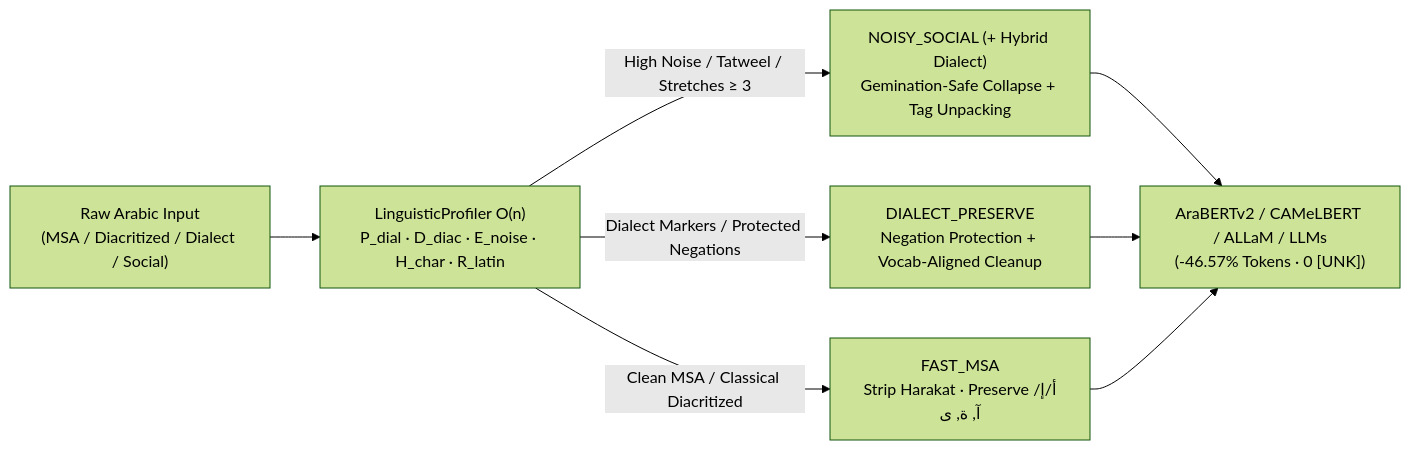
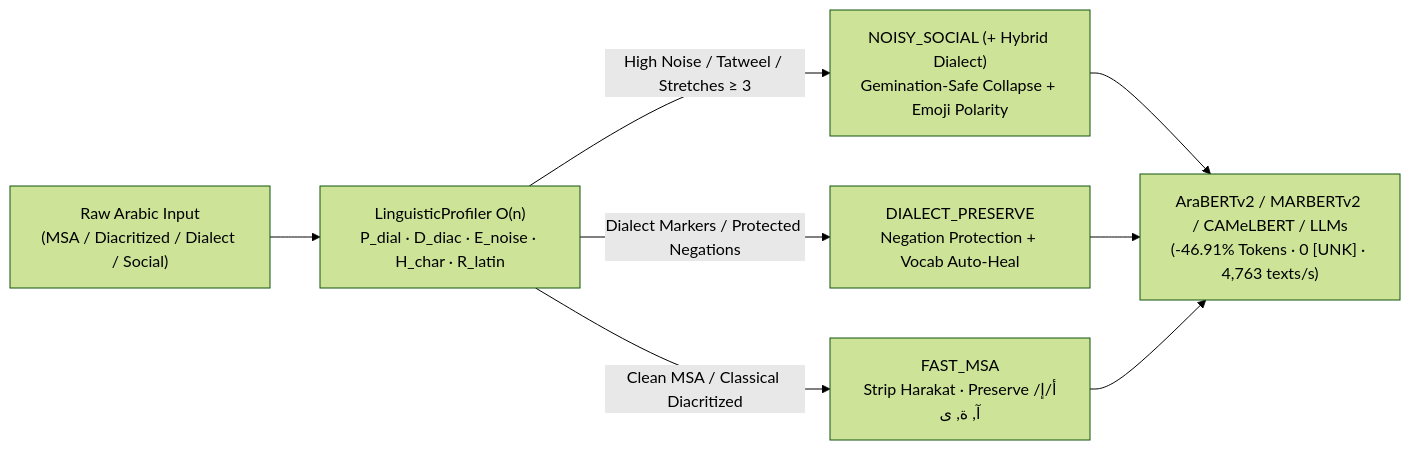
The diagram in README.md (RealMtrx/misar), drawn with Mermaid (forest theme) before and after one commit. The commit also changed other lines of this file and 16 other files, not shown here.

Commit message:
feat(v2.0.0): Vocab Auto-Heal, 5-model WordPiece parity, Clitic/Arabizi/Emoji modes, fast ETL, and 3-way Web UI

````diff
--- a/README.md
+++ b/README.md
@@ -41,10 +54,10 @@
 ```mermaid
 flowchart LR
     A["Raw Arabic Input<br/>(MSA / Diacritized / Dialect / Social)"] --> B["LinguisticProfiler O(n)<br/>P_dial · D_diac · E_noise · H_char · R_latin"]
-    B -->|"High Noise / Tatweel / Stretches ≥ 3"| C["NOISY_SOCIAL (+ Hybrid Dialect)<br/>Gemination-Safe Collapse + Tag Unpacking"]
-    B -->|"Dialect Markers / Protected Negations"| D["DIALECT_PRESERVE<br/>Negation Protection + Vocab-Aligned Cleanup"]
+    B -->|"High Noise / Tatweel / Stretches ≥ 3"| C["NOISY_SOCIAL (+ Hybrid Dialect)<br/>Gemination-Safe Collapse + Emoji Polarity"]
+    B -->|"Dialect Markers / Protected Negations"| D["DIALECT_PRESERVE<br/>Negation Protection + Vocab Auto-Heal"]
     B -->|"Clean MSA / Classical Diacritized"| E["FAST_MSA<br/>Strip Harakat · Preserve أ/إ/آ, ة, ى"]
-    C --> F["AraBERTv2 / CAMeLBERT / ALLaM / LLMs<br/>(-46.57% Tokens · 0 [UNK])"]
+    C --> F["AraBERTv2 / MARBERTv2 / CAMeLBERT / LLMs<br/>(-46.91% Tokens · 0 [UNK] · 4,763 texts/s)"]
     D --> F
     E --> F
 ```
````
